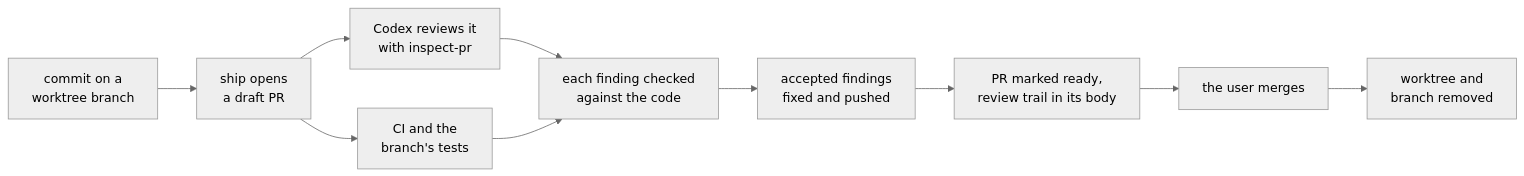
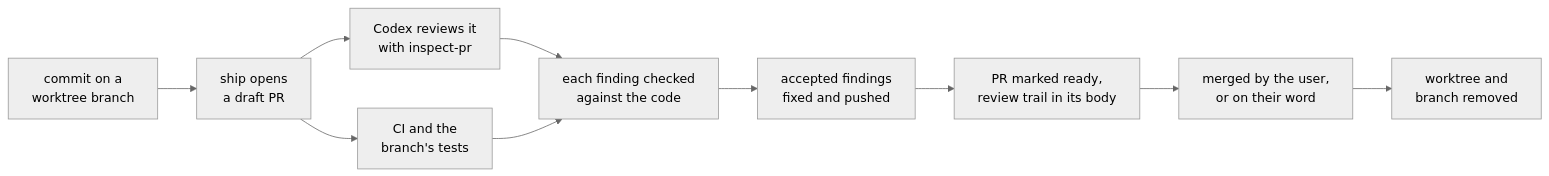
The diagram in README.md (msantana09/agent-harness), drawn with Mermaid (neutral theme) before and after one commit. The commit also changed other lines of this file and 1 other file, not shown here.

First line of the commit message:
docs(readme): match merge, review and install text to the repo

````diff
--- a/README.md
+++ b/README.md
@@ -32,12 +34,12 @@
 ```mermaid
 flowchart LR
     branch["commit on a<br/>worktree branch"] --> draft["ship opens<br/>a draft PR"]
     draft --> review["Codex reviews it<br/>with inspect-pr"]
     draft --> ci["CI and the<br/>branch's tests"]
     review --> triage["each finding checked<br/>against the code"]
     ci --> triage
     triage --> fix["accepted findings<br/>fixed and pushed"]
     fix --> ready["PR marked ready,<br/>review trail in its body"]
-    ready --> merge["the user merges"]
+    ready --> merge["merged by the user,<br/>or on their word"]
     merge --> cleanup["worktree and<br/>branch removed"]
 ```
````
